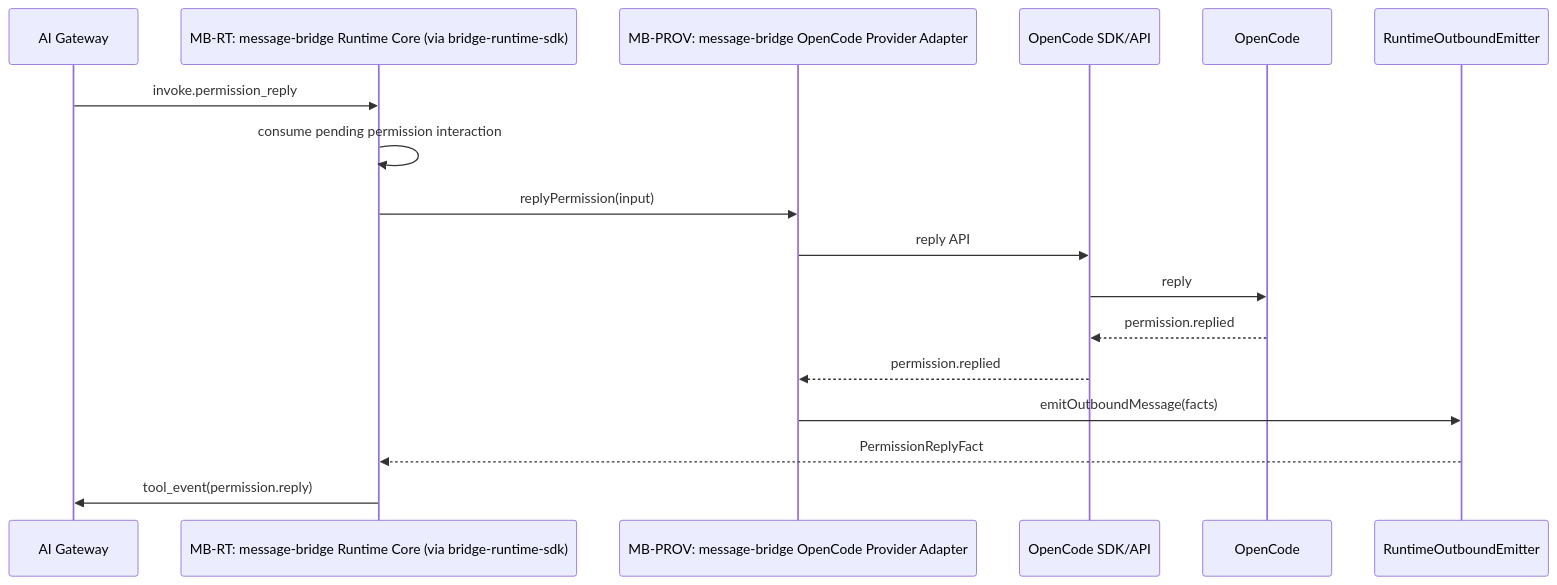
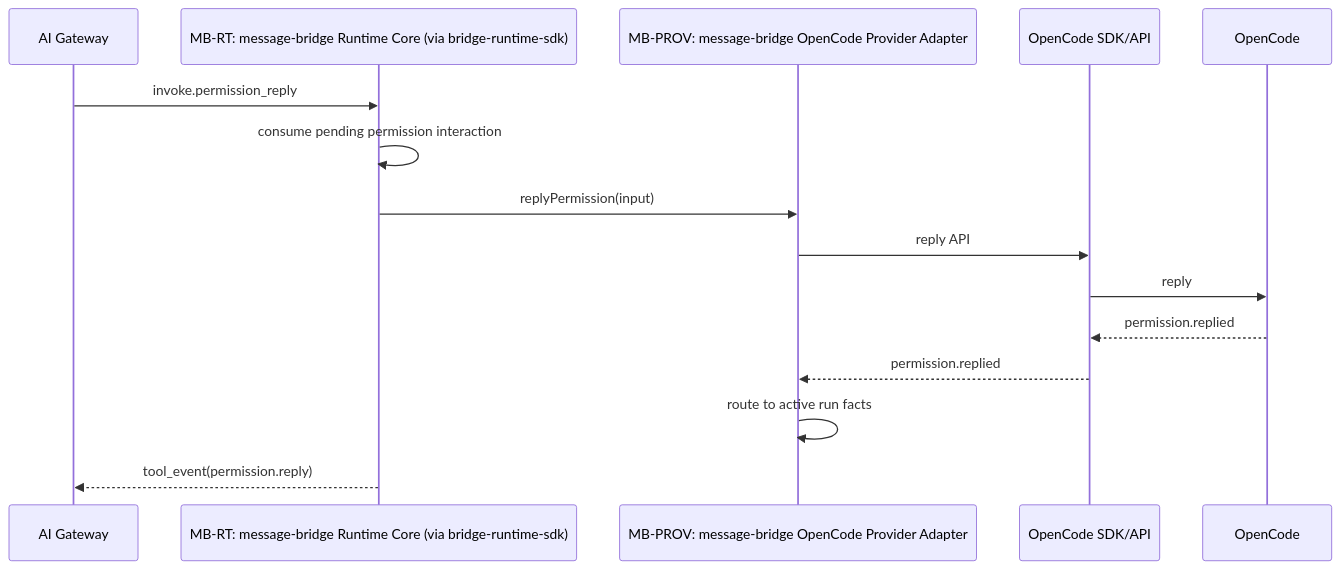
Before and after one commit to yuzhangCZ/agent-plugin: the tenth of 12 diagrams in plugins/message-bridge/docs/design/message-bridge-sdk-migration-solution.md, drawn with Mermaid. The commit also changed other lines of this file and 14 other files, not shown here.

Commit message:
fix(message-bridge): remove outbound run

````diff
--- a/plugins/message-bridge/docs/design/message-bridge-sdk-migration-solution.md
+++ b/plugins/message-bridge/docs/design/message-bridge-sdk-migration-solution.md
@@ -520,20 +517,18 @@
 ```mermaid
 sequenceDiagram
   participant GW as AI Gateway
   participant MBRT as MB-RT: message-bridge Runtime Core (via bridge-runtime-sdk)
   participant MBPROV as MB-PROV: message-bridge OpenCode Provider Adapter
   participant OCSDK as OpenCode SDK/API
   participant OC as OpenCode
-  participant OUT as RuntimeOutboundEmitter
 
   GW->>MBRT: invoke.permission_reply
   MBRT->>MBRT: consume pending permission interaction
   MBRT->>MBPROV: replyPermission(input)
   MBPROV->>OCSDK: reply API
   OCSDK->>OC: reply
   OC-->>OCSDK: permission.replied
   OCSDK-->>MBPROV: permission.replied
-  MBPROV->>OUT: emitOutboundMessage(facts)
-  OUT-->>MBRT: PermissionReplyFact
-  MBRT->>GW: tool_event(permission.reply)
+  MBPROV->>MBPROV: route to active run facts
+  MBRT-->>GW: tool_event(permission.reply)
 ```
````
